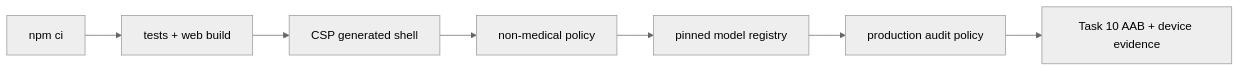
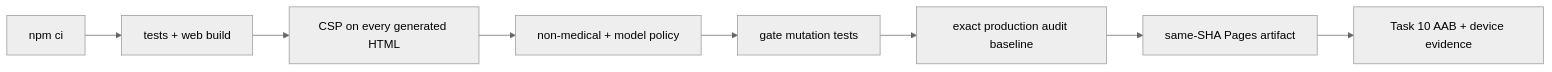
One commit to sinmb79/careguardian-ai changed the diagram in docs/security-release-gate.md. Above: the diagram before and after it, drawn with Mermaid (neutral theme). The commit also changed other lines of this file and 27 other files, not shown here.

````diff
--- a/docs/security-release-gate.md
+++ b/docs/security-release-gate.md
@@ -7,9 +7,10 @@
 ```mermaid
 flowchart LR
   A["npm ci"] --> B["tests + web build"]
-  B --> C["CSP generated shell"]
-  C --> D["non-medical policy"]
-  D --> E["pinned model registry"]
-  E --> F["production audit policy"]
-  F --> G["Task 10 AAB + device evidence"]
+  B --> C["CSP on every generated HTML"]
+  C --> D["non-medical + model policy"]
+  D --> E["gate mutation tests"]
+  E --> F["exact production audit baseline"]
+  F --> G["same-SHA Pages artifact"]
+  G --> H["Task 10 AAB + device evidence"]
 ```
````
